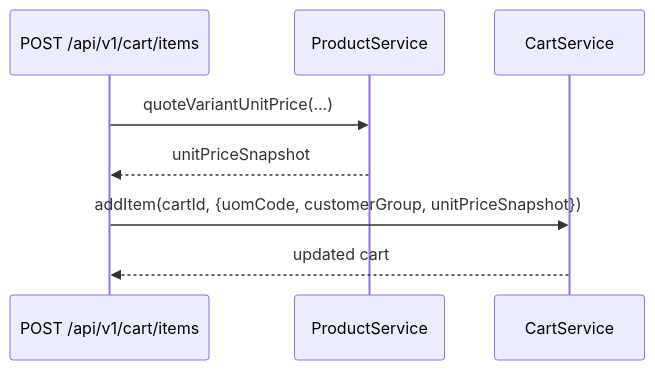
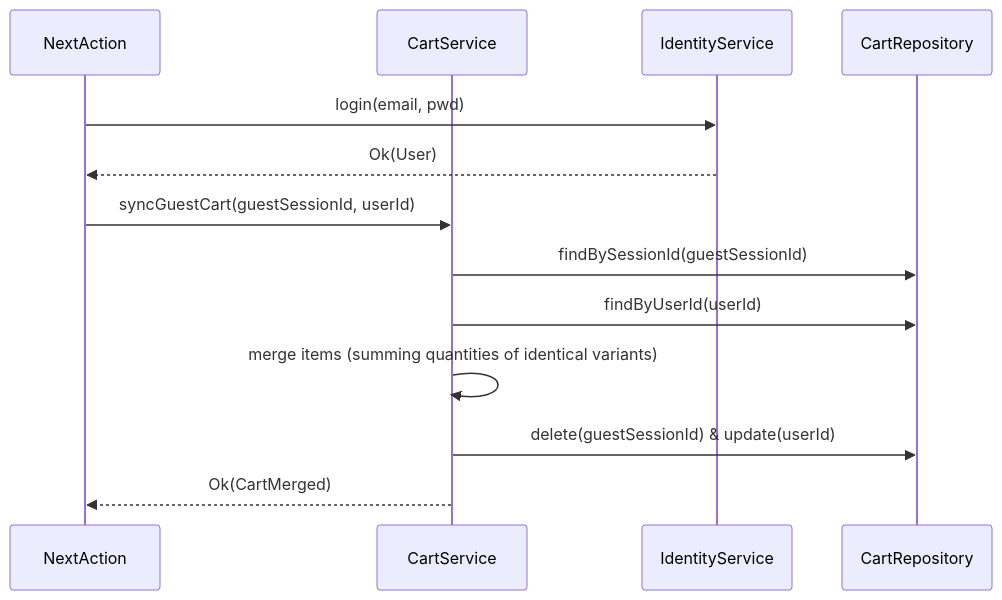
One commit to 3mrhussein/findeg changed the diagram in packages/backend/src/features/cart/README.md. Above: the diagram before and after it, drawn with Mermaid. The commit also changed other lines of this file and 94 other files, not shown here.

Commit message:
refactor: migrate database schema to centralized directory and clean up legacy documentation and core infrastructure files

````diff
--- a/packages/backend/src/features/cart/README.md
+++ b/packages/backend/src/features/cart/README.md
@@ -31,10 +24,16 @@
 ```mermaid
 sequenceDiagram
-    participant API as POST /api/v1/cart/items
-    participant PS as ProductService
+    participant NextAction
     participant CS as CartService
-    API->>PS: quoteVariantUnitPrice(...)
-    PS-->>API: unitPriceSnapshot
-    API->>CS: addItem(cartId, {uomCode, customerGroup, unitPriceSnapshot})
-    CS-->>API: updated cart
+    participant Auth as IdentityService
+    participant DB as CartRepository
+
+    NextAction->>Auth: login(email, pwd)
+    Auth-->>NextAction: Ok(User)
+    NextAction->>CS: syncGuestCart(guestSessionId, userId)
+    CS->>DB: findBySessionId(guestSessionId)
+    CS->>DB: findByUserId(userId)
+    CS->>CS: merge items (summing quantities of identical variants)
+    CS->>DB: delete(guestSessionId) & update(userId)
+    CS-->>NextAction: Ok(CartMerged)
 ```
````
